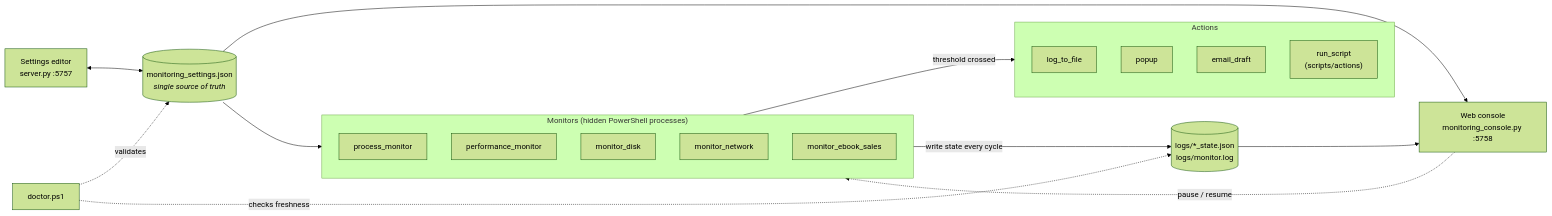
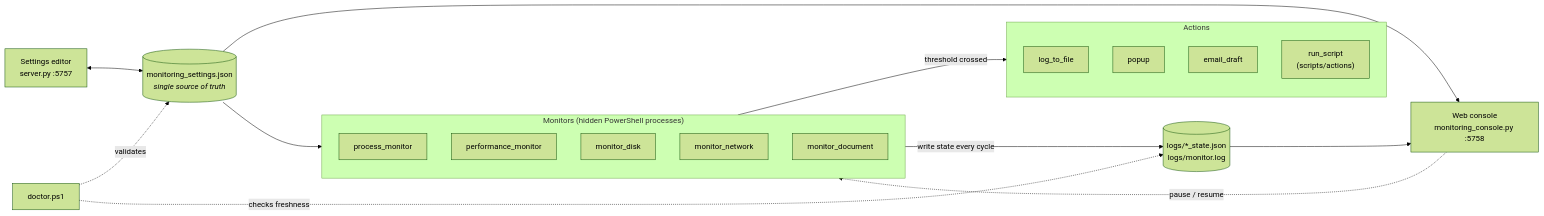
One commit to carlosgild-web/windows-system-monitor changed the diagram in README.md. Above: the diagram before and after it, drawn with Mermaid (forest theme). The commit also changed other lines of this file and 19 other files, not shown here.

First line of the commit message:
Replace Ebook Sales with a generic document monitor (CSV + thresholds) (#4)

````diff
--- a/README.md
+++ b/README.md
@@ -41,36 +41,36 @@
 ```mermaid
 flowchart LR
     cfg[("monitoring_settings.json<br/><i>single source of truth</i>")]
 
     subgraph monitors["Monitors (hidden PowerShell processes)"]
         direction TB
         p[process_monitor]
         perf[performance_monitor]
         d[monitor_disk]
         n[monitor_network]
-        e[monitor_ebook_sales]
+        e[monitor_document]
     end
 
     subgraph actions["Actions"]
         direction TB
         log[log_to_file]
         pop[popup]
         mail[email_draft]
         run["run_script<br/>(scripts/actions)"]
     end
 
     state[("logs/*_state.json<br/>logs/monitor.log")]
     console["Web console<br/>monitoring_console.py :5758"]
     editor["Settings editor<br/>server.py :5757"]
     doctor[doctor.ps1]
 
     cfg --> monitors
     monitors -- "threshold crossed" --> actions
     monitors -- "write state every cycle" --> state
     state --> console
     cfg --> console
     console -. "pause / resume" .-> monitors
     editor <--> cfg
     doctor -. "validates" .-> cfg
     doctor -. "checks freshness" .-> state
 ```
````
